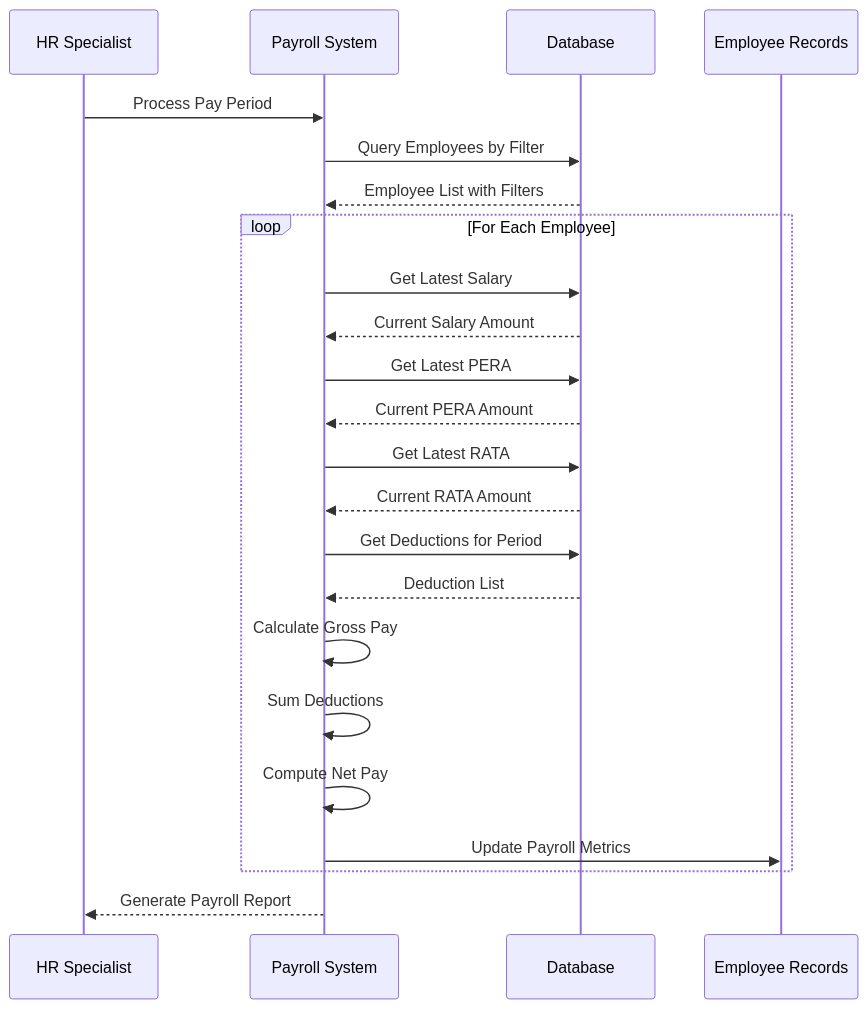
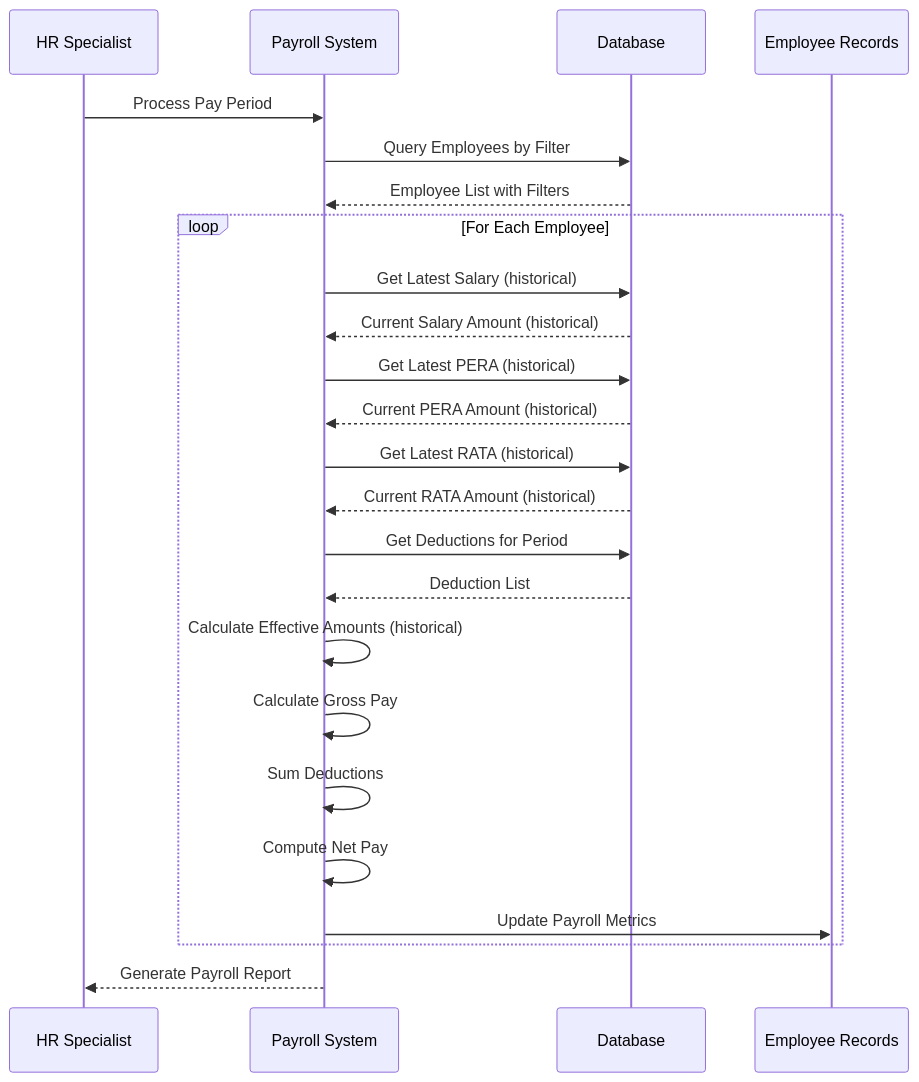
Diagram 14 of 19 in .qoder/repowiki/en/content/Employee Management/Employee Compensation Management.md (vincet0t15/template), drawn with Mermaid before and after one commit. The commit also changed other lines of this file and 11 other files, not shown here.

````diff
--- a/.qoder/repowiki/en/content/Employee Management/Employee Compensation Management.md
+++ b/.qoder/repowiki/en/content/Employee Management/Employee Compensation Management.md
@@ -648,25 +803,26 @@
 ```mermaid
 sequenceDiagram
 participant HR as HR Specialist
 participant System as Payroll System
 participant Database as Database
 participant Employee as Employee Records
 HR->>System : Process Pay Period
 System->>Database : Query Employees by Filter
 Database-->>System : Employee List with Filters
 loop For Each Employee
-System->>Database : Get Latest Salary
-Database-->>System : Current Salary Amount
-System->>Database : Get Latest PERA
-Database-->>System : Current PERA Amount
-System->>Database : Get Latest RATA
-Database-->>System : Current RATA Amount
+System->>Database : Get Latest Salary (historical)
+Database-->>System : Current Salary Amount (historical)
+System->>Database : Get Latest PERA (historical)
+Database-->>System : Current PERA Amount (historical)
+System->>Database : Get Latest RATA (historical)
+Database-->>System : Current RATA Amount (historical)
 System->>Database : Get Deductions for Period
 Database-->>System : Deduction List
+System->>System : Calculate Effective Amounts (historical)
 System->>System : Calculate Gross Pay
 System->>System : Sum Deductions
 System->>System : Compute Net Pay
 System->>Employee : Update Payroll Metrics
 end
 System-->>HR : Generate Payroll Report
 ```
````
